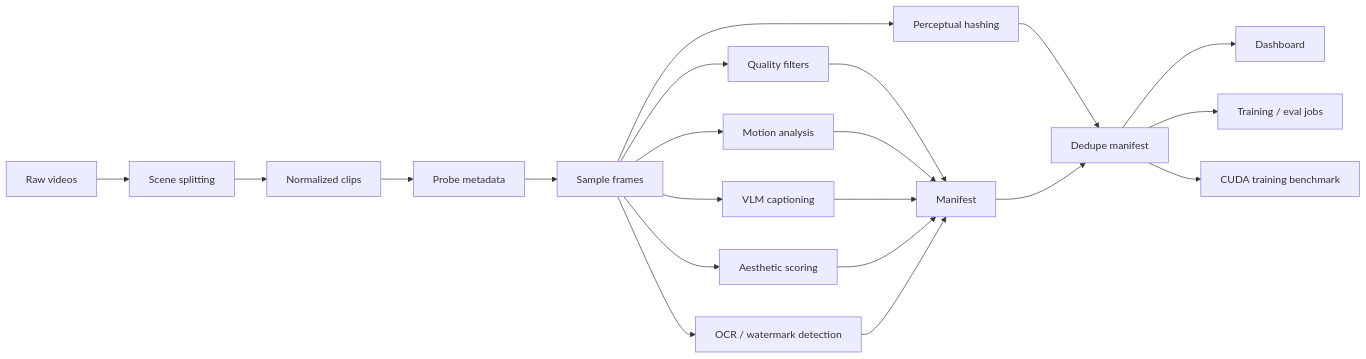
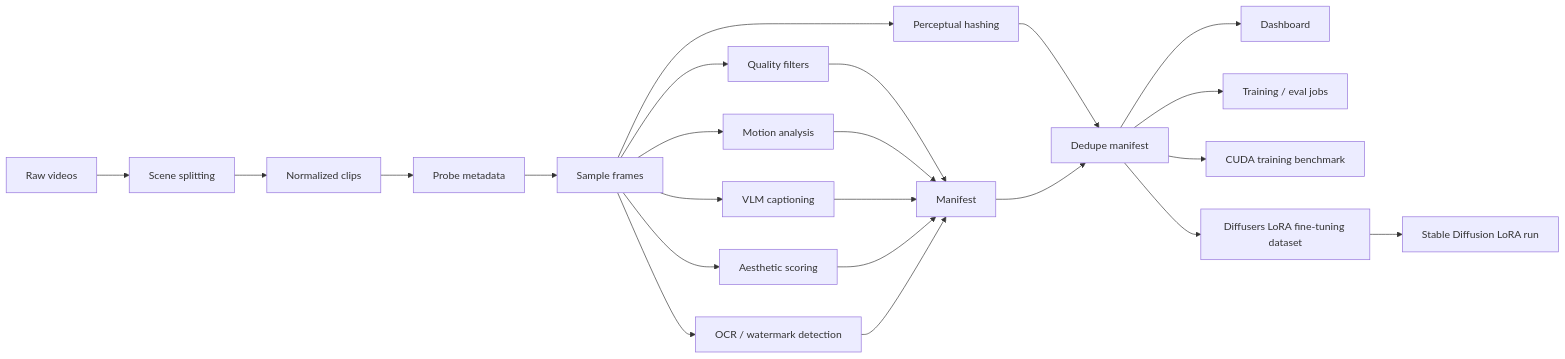
The diagram in README.md (karatarassul4-max/video-dataset-factory), drawn with Mermaid before and after one commit. The commit also changed other lines of this file, not shown here.

Commit message:
Document diffusion LoRA fine-tuning workflow

````diff
--- a/README.md
+++ b/README.md
@@ -85,23 +88,25 @@
 ```mermaid
 flowchart LR
     A[Raw videos] --> B[Scene splitting]
     B --> C[Normalized clips]
     C --> D[Probe metadata]
     D --> E[Sample frames]
     E --> F[Quality filters]
     E --> G[Motion analysis]
     E --> H[VLM captioning]
     E --> L[Aesthetic scoring]
     E --> M[Perceptual hashing]
     E --> O[OCR / watermark detection]
     F --> I[Manifest]
     G --> I
     H --> I
     L --> I
     M --> N[Dedupe manifest]
     O --> I
     I --> N
     N --> J[Dashboard]
     N --> K[Training / eval jobs]
     N --> P[CUDA training benchmark]
+    N --> Q[Diffusers LoRA fine-tuning dataset]
+    Q --> R[Stable Diffusion LoRA run]
 ```
````
